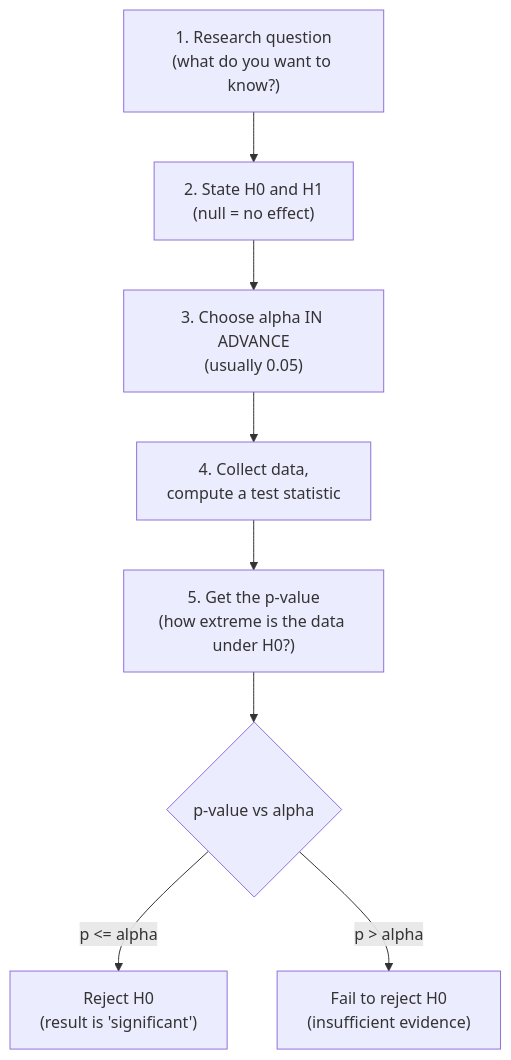
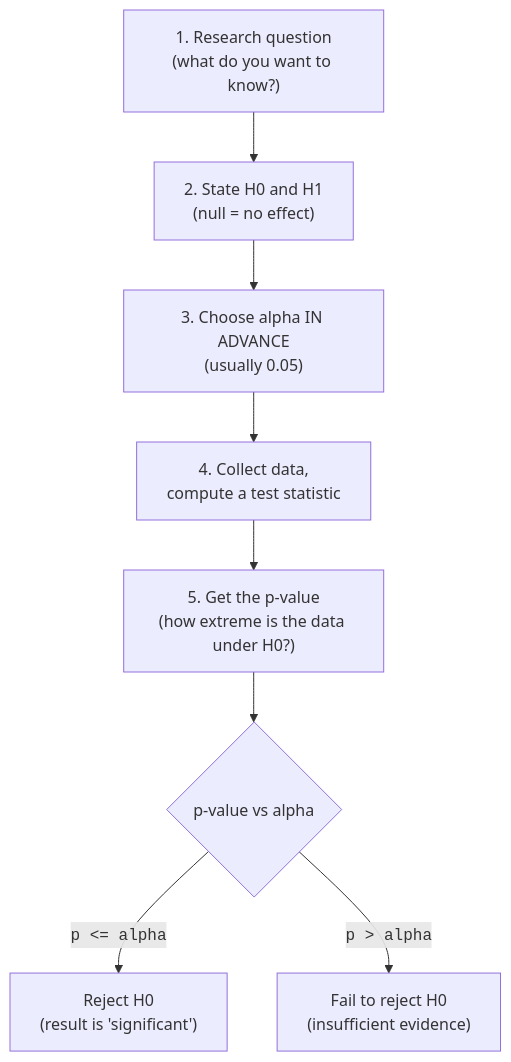
The second of 3 diagrams in content/learn/statistics-for-data-science-python/hypothesis-testing.mdx (dataslope/dataslope), drawn with Mermaid before and after one commit. The commit also changed 46 other files, not shown here.

First line of the commit message:
Wrap code in mermaid edge labels + entity/table names in DB diagrams

````diff
--- a/content/learn/statistics-for-data-science-python/hypothesis-testing.mdx
+++ b/content/learn/statistics-for-data-science-python/hypothesis-testing.mdx
@@ -103,10 +103,10 @@
 ```mermaid
 flowchart TD
   A["1. Research question<br/>(what do you want to know?)"] --> B["2. State H0 and H1<br/>(null = no effect)"]
   B --> C["3. Choose alpha IN ADVANCE<br/>(usually 0.05)"]
   C --> D["4. Collect data,<br/>compute a test statistic"]
   D --> E["5. Get the p-value<br/>(how extreme is the data under H0?)"]
   E --> F{"p-value vs alpha"}
-  F -->|"p <= alpha"| G["Reject H0<br/>(result is 'significant')"]
-  F -->|"p > alpha"| H["Fail to reject H0<br/>(insufficient evidence)"]
+  F -->|"<code>p &lt;= alpha</code>"| G["Reject H0<br/>(result is 'significant')"]
+  F -->|"<code>p &gt; alpha</code>"| H["Fail to reject H0<br/>(insufficient evidence)"]
 ```
````
